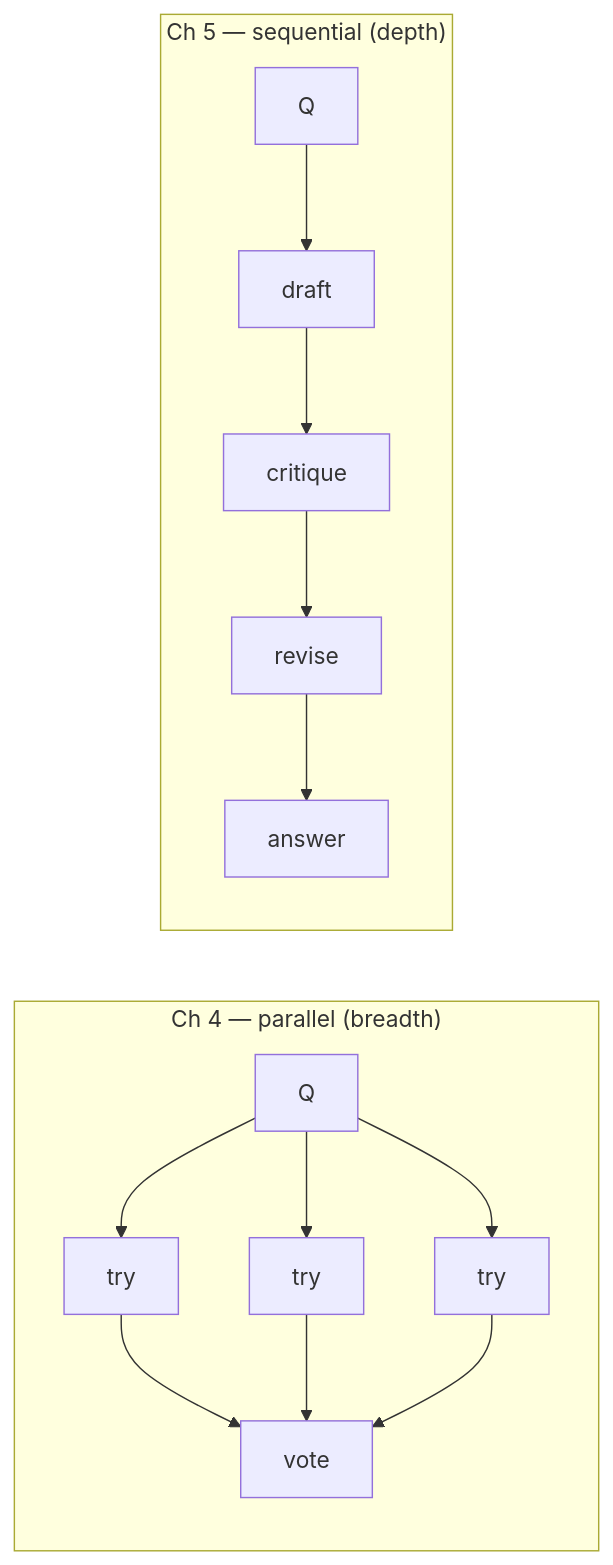
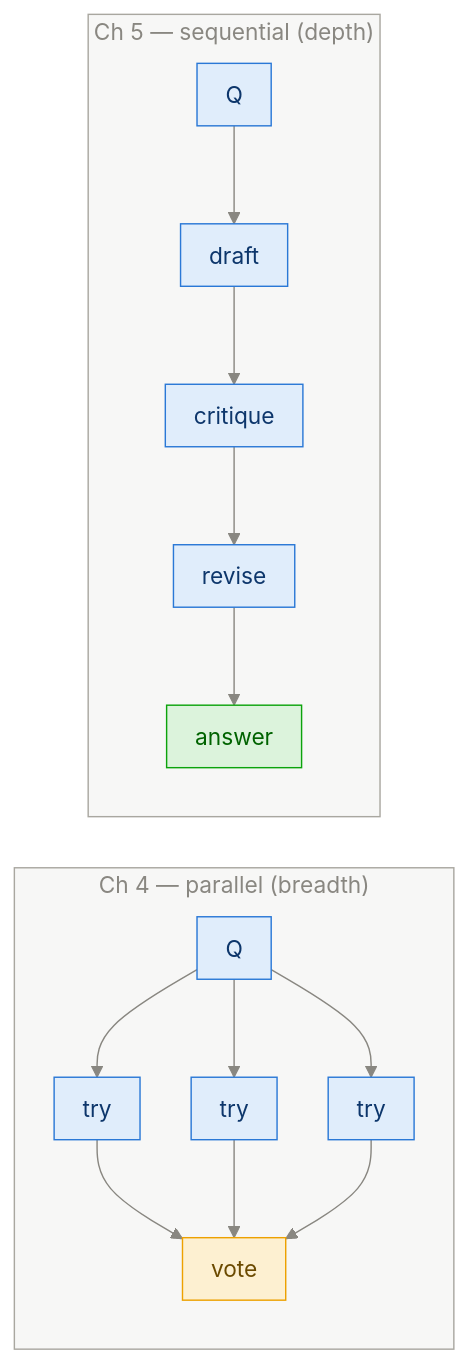
Before and after one commit to sudhanshu-shivam-dev/reasoning_model_from_scratch: the first of 4 diagrams in study_guide/ch05_self_refinement.md, drawn with Mermaid. The commit also changed other lines of this file and 14 other files, not shown here.

First line of the commit message:
Restyle all 54 diagrams: consistent palette, semantic colors, better spacing

````diff
--- a/study_guide/ch05_self_refinement.md
+++ b/study_guide/ch05_self_refinement.md
@@ -18,9 +18,14 @@
 ```mermaid
+%%{init: {"theme":"base","themeVariables":{"primaryColor":"#e0edfb","primaryTextColor":"#0d366b","primaryBorderColor":"#2a78d6","lineColor":"#898781","textColor":"#52514e","edgeLabelBackground":"#f0efec","clusterBkg":"rgba(137,135,129,0.07)","clusterBorder":"#a9a7a0","titleColor":"#898781"},"flowchart":{"nodeSpacing":36,"rankSpacing":44,"curve":"basis","padding":10}}}%%
 flowchart LR
     subgraph PAR["Ch 4 — parallel (breadth)"]
         Q1["Q"] --> a1["try"] & a2["try"] & a3["try"] --> V["vote"]
     end
     subgraph SEQ["Ch 5 — sequential (depth)"]
         Q2["Q"] --> d["draft"] --> c["critique"] --> r["revise"] --> ANS["answer"]
     end
+    classDef dec fill:#fdf0d1,stroke:#eda100,color:#6b4a00
+    classDef good fill:#dcf3dc,stroke:#0ca30c,color:#006300
+    class V dec
+    class ANS good
 ```
````
